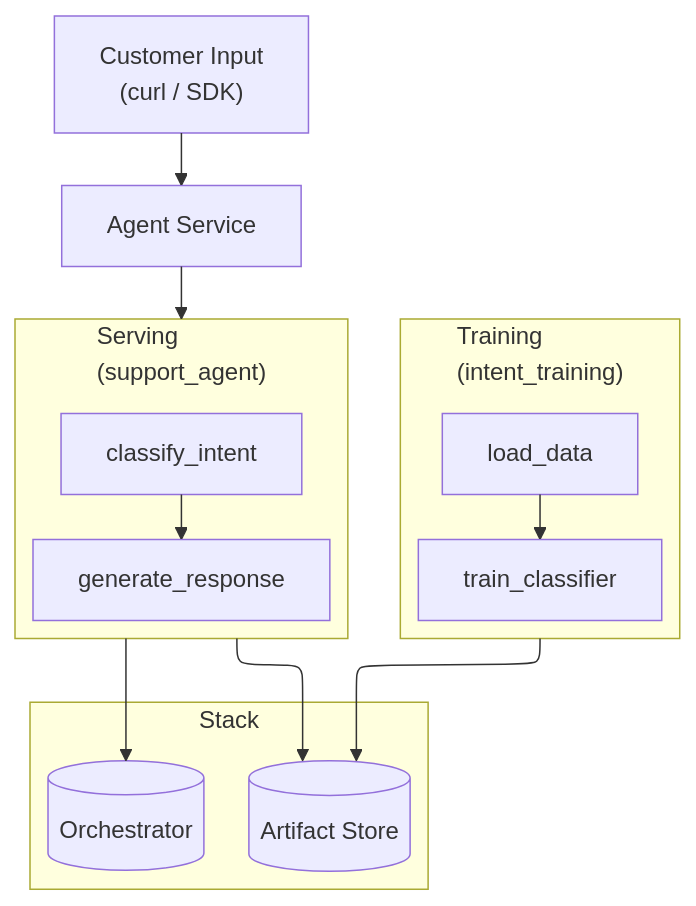
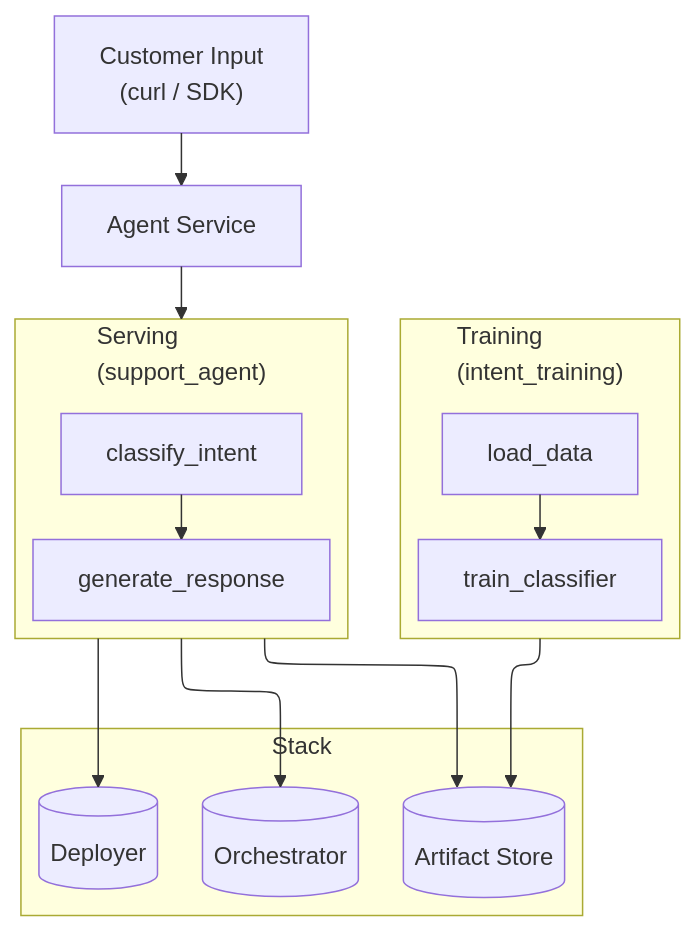
One commit to zenml-io/zenml changed the third of 3 diagrams in docs/book/getting-started/your-first-ai-pipeline.md. Above: the diagram before and after it, drawn with Mermaid.

Commit message:
Add Deployer to AI pipeline flowchart

````diff
--- a/docs/book/getting-started/your-first-ai-pipeline.md
+++ b/docs/book/getting-started/your-first-ai-pipeline.md
@@ -177,32 +177,34 @@
 ```mermaid
 ---
 config:
   layout: elk
   theme: mc
 ---
 flowchart TB
   U["Customer Input<br/>(curl / SDK)"] --> SA["Agent Service"]
 
   subgraph TRAIN["Training<br/>(intent_training)"]
     D["load_data"]
     T["train_classifier"]
     D --> T
   end
 
   subgraph SERVE["Serving<br/>(support_agent)"]
     C["classify_intent"]
     R["generate_response"]
     C --> R
   end
 
   SA --> SERVE
 
   subgraph STACK["Stack"]
     OR[("Orchestrator")]
     AR[("Artifact Store")]
+    DE[("Deployer")]
   end
 
   TRAIN --> AR
   SERVE --> OR
   SERVE --> AR
+  SERVE --> DE
 ```
````
